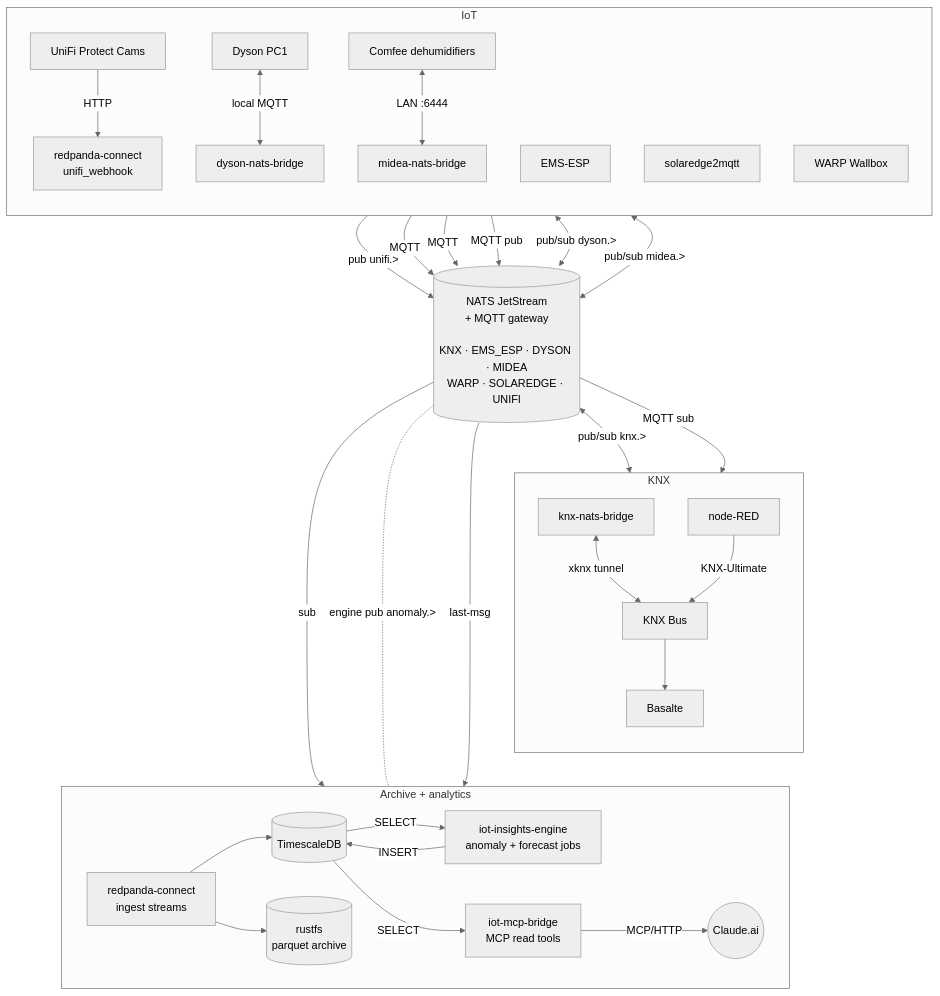
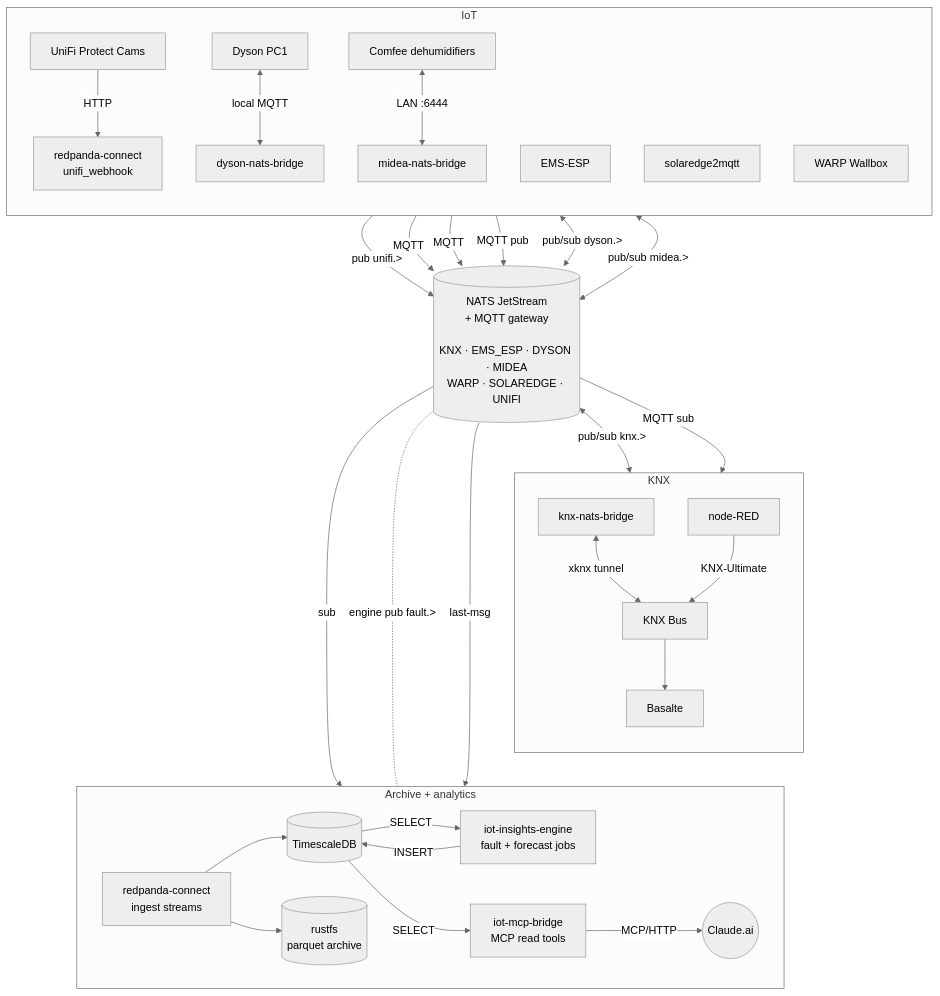
Before and after one commit to alexander-zimmermann/lares: the second of 2 diagrams in README.md, drawn with Mermaid (neutral theme). The commit also changed 7 other files, not shown here.

````diff
--- a/README.md
+++ b/README.md
@@ -134,60 +134,60 @@
 ```mermaid
 flowchart TB
     subgraph IOT[IoT]
         direction TB
         cam[UniFi Protect Cams] -- HTTP --> webhook[redpanda-connect<br/>unifi_webhook]
         ems[EMS-ESP]
         pv[solaredge2mqtt]
         warp[WARP Wallbox]
         fan[Dyson PC1] <-- local MQTT --> dysonb[dyson-nats-bridge]
         dehum[Comfee dehumidifiers] <-- LAN :6444 --> mideab[midea-nats-bridge]
     end
 
     nats[(NATS JetStream<br/>+ MQTT gateway<br/><br/>KNX · EMS_ESP · DYSON · MIDEA<br/>WARP · SOLAREDGE · UNIFI)]
 
     webhook -- pub unifi.> --> nats
     ems  -- MQTT --> nats
     pv   -- MQTT --> nats
     warp -- MQTT pub --> nats
     dysonb <-- pub/sub dyson.> --> nats
     mideab <-- pub/sub midea.> --> nats
 
     subgraph KX[KNX]
         direction TB
         bridge[knx-nats-bridge]
         nodered[node-RED]
         knx[KNX Bus]
         basalte[Basalte]
         bridge <-- xknx tunnel --> knx
         nodered -- KNX-Ultimate --> knx
         knx --> basalte
     end
 
     nats <-- pub/sub knx.> --> bridge
     nats -- MQTT sub --> nodered
 
     subgraph ARCH[Archive + analytics]
         direction LR
         ingest[redpanda-connect<br/>ingest streams]
         tsdb[(TimescaleDB)]
         rustfs[(rustfs<br/>parquet archive)]
-        engine[iot-insights-engine<br/>anomaly + forecast jobs]
+        engine[iot-insights-engine<br/>fault + forecast jobs]
         mcp[iot-mcp-bridge<br/>MCP read tools]
         claude((Claude.ai))
         ingest --> tsdb
         ingest --> rustfs
         tsdb -- SELECT --> engine
         engine -- INSERT --> tsdb
         tsdb -- SELECT --> mcp
         mcp -- MCP/HTTP --> claude
     end
 
     nats -- sub --> ingest
     %% Undirected on purpose: an engine->nats arrow makes dagre rank the whole
     %% archive block above nats. The label carries the direction instead.
-    nats -. "engine pub anomaly.>" .- engine
+    nats -. "engine pub fault.>" .- engine
     nats -- last-msg --> mcp
 
     %% Invisible edge: pins the archive band below the KNX block.
     KX ~~~ ARCH
 ```
````
